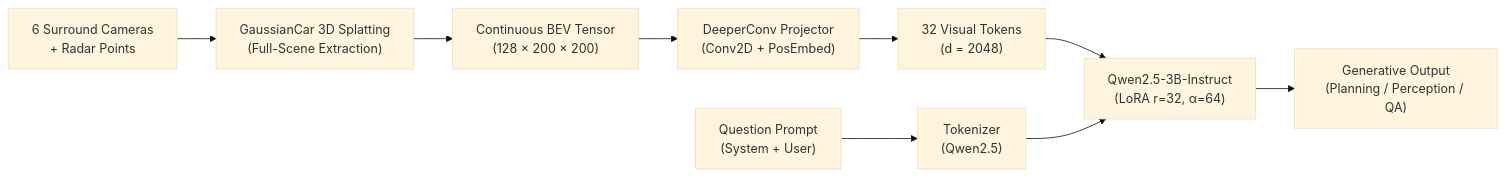
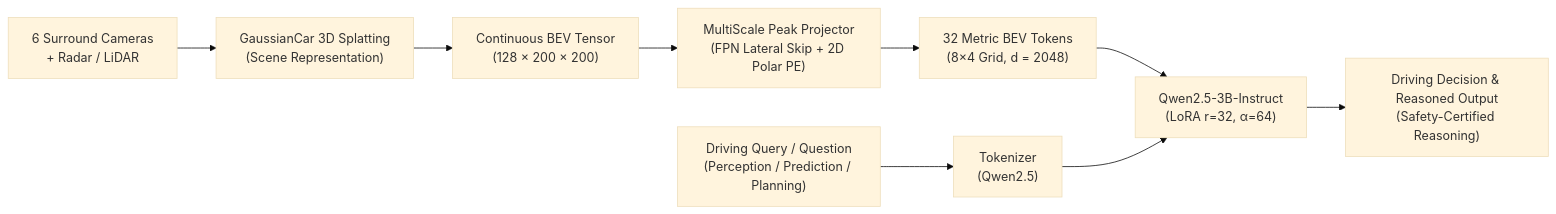
The diagram in README.md (NazarioPizzicoli/BEV-VQA), drawn with Mermaid (base theme) before and after one commit. The commit also changed other lines of this file and 139 other files, not shown here.

````diff
--- a/README.md
+++ b/README.md
@@ -89,11 +89,11 @@
 ```mermaid
 flowchart LR
-    A["6 Surround Cameras\n+ Radar Points"] --> B["GaussianCar 3D Splatting\n(Full-Scene Extraction)"]
+    A["6 Surround Cameras\n+ Radar / LiDAR"] --> B["GaussianCar 3D Splatting\n(Scene Representation)"]
     B --> C["Continuous BEV Tensor\n(128 × 200 × 200)"]
-    C --> D["DeeperConv Projector\n(Conv2D + PosEmbed)"]
-    D --> E["32 Visual Tokens\n(d = 2048)"]
-    F["Question Prompt\n(System + User)"] --> G["Tokenizer\n(Qwen2.5)"]
+    C --> D["MultiScale Peak Projector\n(FPN Lateral Skip + 2D Polar PE)"]
+    D --> E["32 Metric BEV Tokens\n(8×4 Grid, d = 2048)"]
+    F["Driving Query / Question\n(Perception / Prediction / Planning)"] --> G["Tokenizer\n(Qwen2.5)"]
     E --> H["Qwen2.5-3B-Instruct\n(LoRA r=32, α=64)"]
     G --> H
-    H --> I["Generative Output\n(Planning / Perception / QA)"]
+    H --> I["Driving Decision & Reasoned Output\n(Safety-Certified Reasoning)"]
 ```
````
